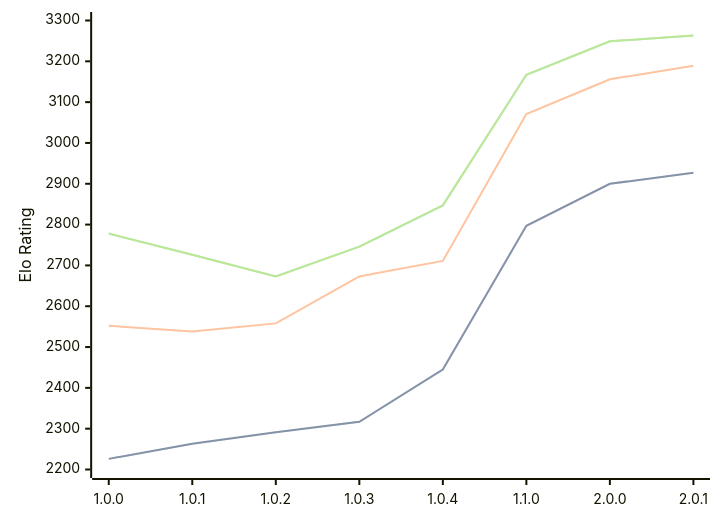
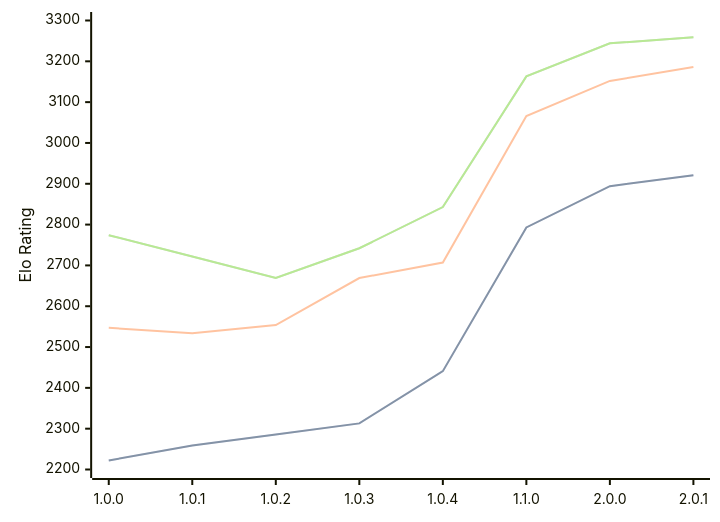
The first of 3 diagrams in engines/Grail.md (computer-chess-index/cci), drawn with Mermaid before and after one commit. The commit also changed other lines of this file, not shown here.

Commit message:
Update CCI Ratings (ELO VLTC) - 2026-07-16

````diff
--- a/engines/Grail.md
+++ b/engines/Grail.md
@@ -38,11 +38,11 @@
 ```mermaid
 %%{init: {"theme":"base","themeVariables":{"seriesColors:['#a3a3a3','#222221','#faa371']}}}%%
 xychart-beta
   x-axis ["1.0.0", "1.0.1", "1.0.2", "1.0.3", "1.0.4", "1.1.0", "2.0.0", "2.0.1"]
   y-axis "Elo Rating" 2200 --> 3300
-  line "STC (8.0+0.08s)" [2226, 2263, 2291, 2317, 2445, 2797, 2900, 2927]
-  line "STC (8.0+0.08s)" [2226, 2263, 2291, 2317, 2445, 2797, 2900, 2927]
-  line "LTC (60.0+0.60s)" [2552, 2538, 2558, 2673, 2711, 3071, 3156, 3189]
-  line "VLTC (2m24s+1.12s)" [2778, 2726, 2673, 2746, 2847, 3167, 3249, 3263]
-  line "VLTC (2m24s+1.12s)" [2778, 2726, 2673, 2746, 2847, 3167, 3249, 3263]
+  line "STC (8.0+0.08s)" [2222, 2259, 2286, 2313, 2441, 2793, 2894, 2921]
+  line "STC (8.0+0.08s)" [2222, 2259, 2286, 2313, 2441, 2793, 2894, 2921]
+  line "LTC (60.0+0.60s)" [2547, 2534, 2554, 2669, 2707, 3066, 3152, 3186]
+  line "VLTC (2m24s+1.12s)" [2774, 2722, 2669, 2742, 2843, 3163, 3244, 3259]
+  line "VLTC (2m24s+1.12s)" [2774, 2722, 2669, 2742, 2843, 3163, 3244, 3259]
 ```
````
